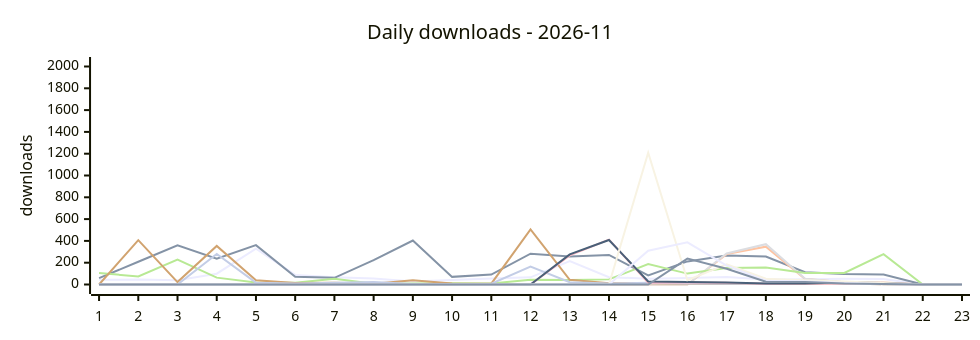
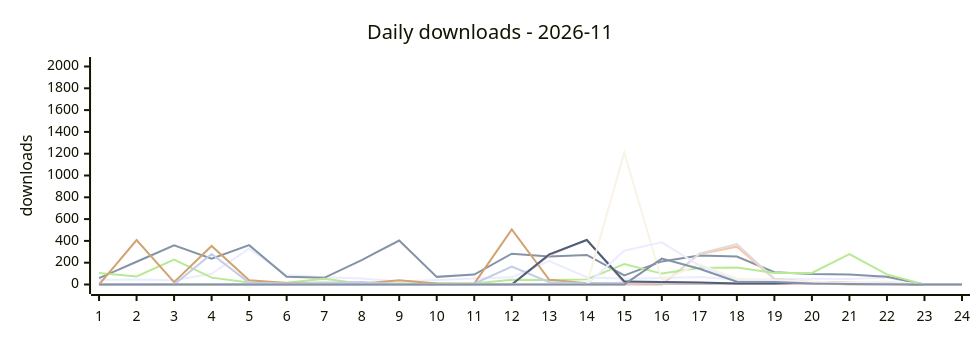
One commit to terry2010/npm-downloads-tracker changed the first of 2 diagrams in DASHBOARD.md. Above: the diagram before and after it, drawn with Mermaid. The commit also changed other lines of this file and 2 other files, not shown here.

````diff
--- a/DASHBOARD.md
+++ b/DASHBOARD.md
@@ -43,19 +47,19 @@
 ```mermaid
 %%{init: {'xyChart': {'width': 960, 'height': 320}}}%%
 xychart-beta
     title "Daily downloads - 2026-11"
-    x-axis ["1", "2", "3", "4", "5", "6", "7", "8", "9", "10", "11", "12", "13", "14", "15", "16", "17", "18", "19", "20", "21", "22", "23"]
+    x-axis ["1", "2", "3", "4", "5", "6", "7", "8", "9", "10", "11", "12", "13", "14", "15", "16", "17", "18", "19", "20", "21", "22", "23", "24"]
     y-axis "downloads" 0 --> 2000
-    line "dsh-loop-recover" [43, 46, 39, 99, 329, 88, 66, 56, 27, 42, 54, 66, 214, 67, 53, 59, 69, 46, 48, 53, 51, 0, 0]
-    line "dsh-rss-news-daily" [58, 209, 359, 237, 361, 70, 61, 224, 403, 70, 91, 283, 258, 271, 84, 212, 266, 257, 113, 96, 91, 0, 0]
-    line "dsh-rss-news-flash-kuaixun" [0, 0, 0, 0, 0, 0, 0, 0, 0, 0, 0, 0, 0, 0, 0, 0, 279, 347, 50, 21, 19, 0, 0]
-    line "dsh-rss-news-browser-fetch" [0, 0, 0, 0, 0, 0, 0, 0, 0, 0, 0, 0, 0, 0, 0, 0, 284, 370, 53, 20, 17, 0, 0]
-    line "opencode-loop-recover" [105, 74, 228, 63, 19, 16, 52, 6, 10, 11, 10, 43, 41, 47, 187, 100, 151, 155, 105, 106, 279, 0, 0]
-    line "oc-market-quail-zephyr-72a0" [0, 407, 22, 354, 39, 14, 15, 7, 40, 10, 8, 505, 43, 12, 11, 6, 5, 5, 9, 10, 3, 0, 0]
-    line "awesome-opencode-market" [0, 0, 0, 280, 17, 9, 17, 22, 4, 1, 7, 164, 21, 10, 15, 10, 7, 8, 11, 9, 3, 0, 0]
-    line "surfbird" [0, 0, 0, 0, 0, 0, 0, 0, 0, 0, 0, 0, 267, 412, 16, 19, 15, 8, 6, 10, 11, 0, 0]
-    line "surfbird-mcp" [0, 0, 0, 0, 0, 0, 0, 0, 0, 0, 0, 0, 276, 408, 28, 23, 18, 10, 9, 18, 13, 0, 0]
-    line "dsh-control-surfbird-for-kitesurf" [0, 0, 0, 0, 0, 0, 0, 0, 0, 0, 0, 0, 0, 0, 1209, 39, 186, 53, 38, 27, 13, 0, 0]
-    line "opencode-control-surfbird-for-kitesurf" [0, 0, 0, 0, 0, 0, 0, 0, 0, 0, 0, 0, 0, 0, 310, 387, 173, 34, 30, 13, 4, 0, 0]
-    line "pi-control-surfbird-for-kitesurf" [0, 0, 0, 0, 0, 0, 0, 0, 0, 0, 0, 0, 0, 0, 0, 238, 144, 25, 24, 9, 5, 0, 0]
+    line "dsh-loop-recover" [43, 46, 39, 99, 329, 88, 66, 56, 27, 42, 54, 66, 214, 67, 53, 59, 69, 46, 48, 53, 51, 63, 0, 0]
+    line "dsh-rss-news-daily" [58, 209, 359, 237, 361, 70, 61, 224, 403, 70, 91, 283, 258, 271, 84, 212, 266, 257, 113, 96, 91, 71, 0, 0]
+    line "dsh-rss-news-flash-kuaixun" [0, 0, 0, 0, 0, 0, 0, 0, 0, 0, 0, 0, 0, 0, 0, 0, 279, 347, 50, 21, 19, 9, 0, 0]
+    line "dsh-rss-news-browser-fetch" [0, 0, 0, 0, 0, 0, 0, 0, 0, 0, 0, 0, 0, 0, 0, 0, 284, 370, 53, 20, 17, 7, 0, 0]
+    line "opencode-loop-recover" [105, 74, 228, 63, 19, 16, 52, 6, 10, 11, 10, 43, 41, 47, 187, 100, 151, 155, 105, 106, 279, 93, 0, 0]
+    line "oc-market-quail-zephyr-72a0" [0, 407, 22, 354, 39, 14, 15, 7, 40, 10, 8, 505, 43, 12, 11, 6, 5, 5, 9, 10, 3, 3, 0, 0]
+    line "awesome-opencode-market" [0, 0, 0, 280, 17, 9, 17, 22, 4, 1, 7, 164, 21, 10, 15, 10, 7, 8, 11, 9, 3, 3, 0, 0]
+    line "surfbird" [0, 0, 0, 0, 0, 0, 0, 0, 0, 0, 0, 0, 267, 412, 16, 19, 15, 8, 6, 10, 11, 11, 0, 0]
+    line "surfbird-mcp" [0, 0, 0, 0, 0, 0, 0, 0, 0, 0, 0, 0, 276, 408, 28, 23, 18, 10, 9, 18, 13, 10, 0, 0]
+    line "dsh-control-surfbird-for-kitesurf" [0, 0, 0, 0, 0, 0, 0, 0, 0, 0, 0, 0, 0, 0, 1209, 39, 186, 53, 38, 27, 13, 27, 0, 0]
+    line "opencode-control-surfbird-for-kitesurf" [0, 0, 0, 0, 0, 0, 0, 0, 0, 0, 0, 0, 0, 0, 310, 387, 173, 34, 30, 13, 4, 14, 0, 0]
+    line "pi-control-surfbird-for-kitesurf" [0, 0, 0, 0, 0, 0, 0, 0, 0, 0, 0, 0, 0, 0, 0, 238, 144, 25, 24, 9, 5, 2, 0, 0]
 ```
````
